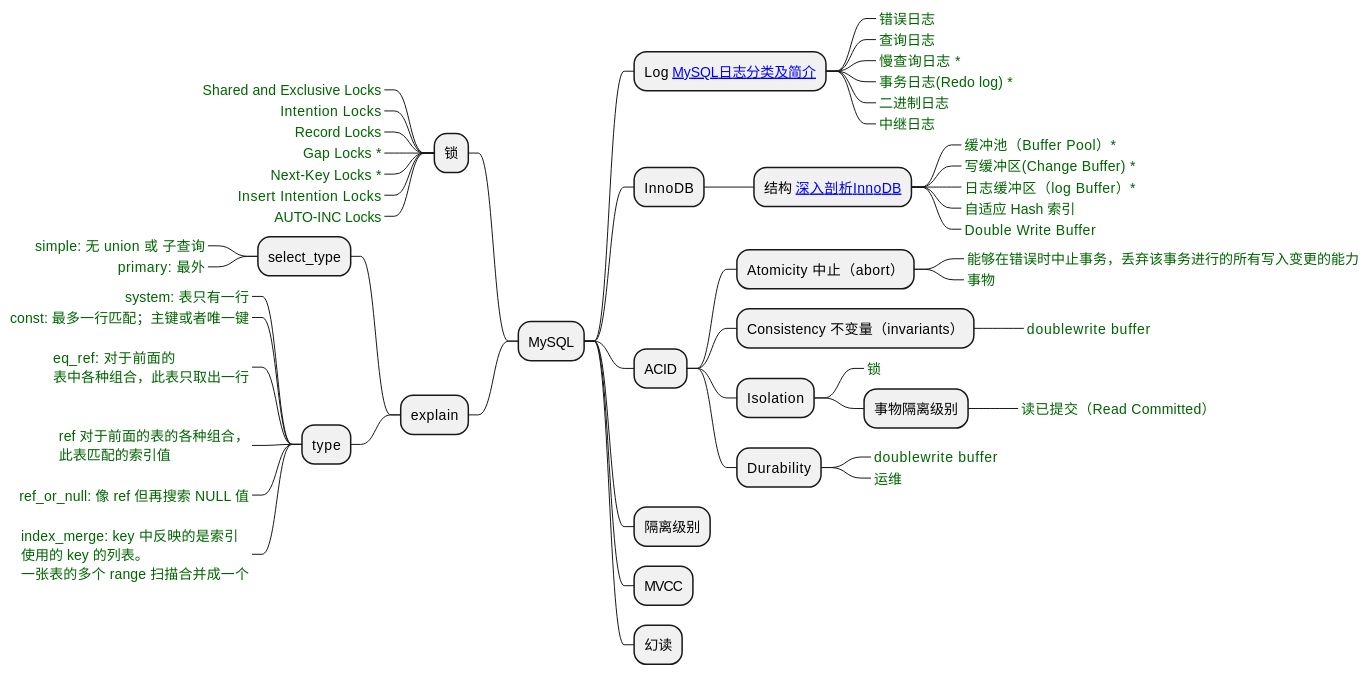
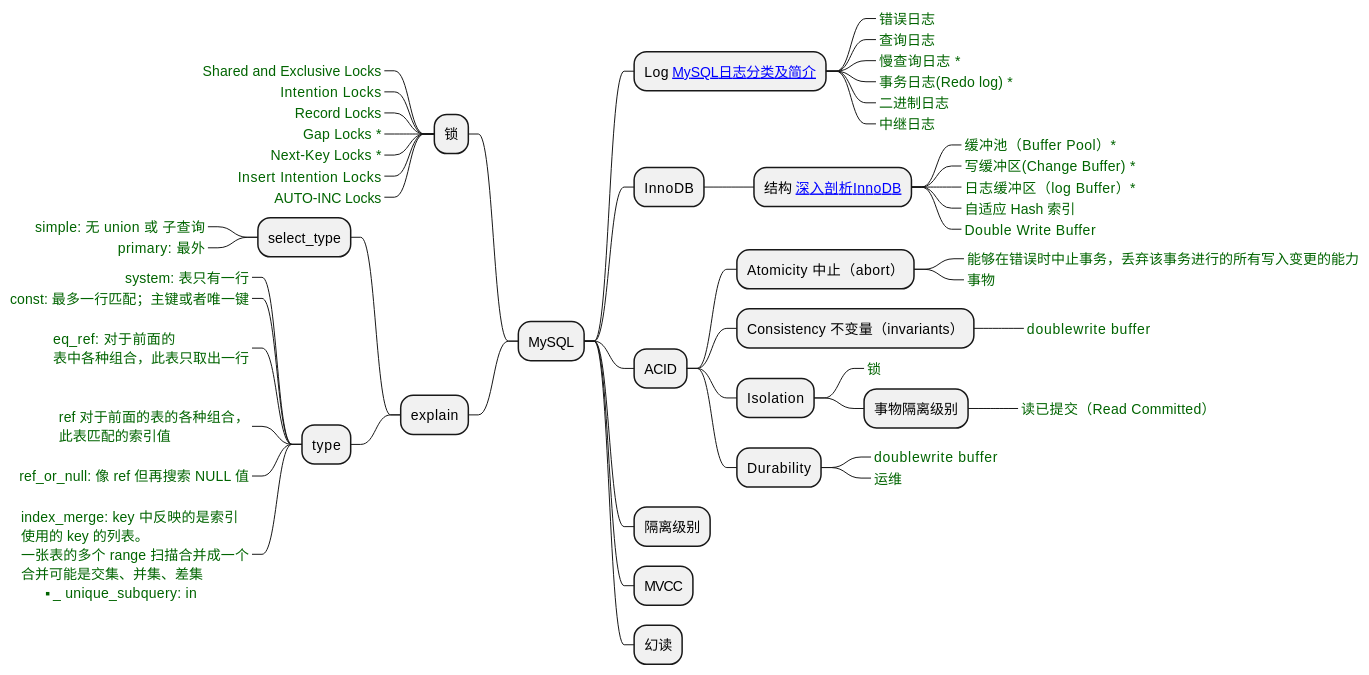
Before and after one commit to Gh0st99/Gh0st99.github.io: the third of 5 diagrams in _posts/2021-05-27-查漏补缺.md, drawn with PlantUML.

Commit message:
查漏补缺

````diff
--- a/_posts/2021-05-27-查漏补缺.md
+++ b/_posts/2021-05-27-查漏补缺.md
@@ -145,6 +145,8 @@
 index_merge: key 中反映的是索引
 使用的 key 的列表。
 一张表的多个 range 扫描合并成一个
+合并可能是交集、并集、差集
+****_ unique_subquery: in 
 ;
 @endmindmap
 ```
````
